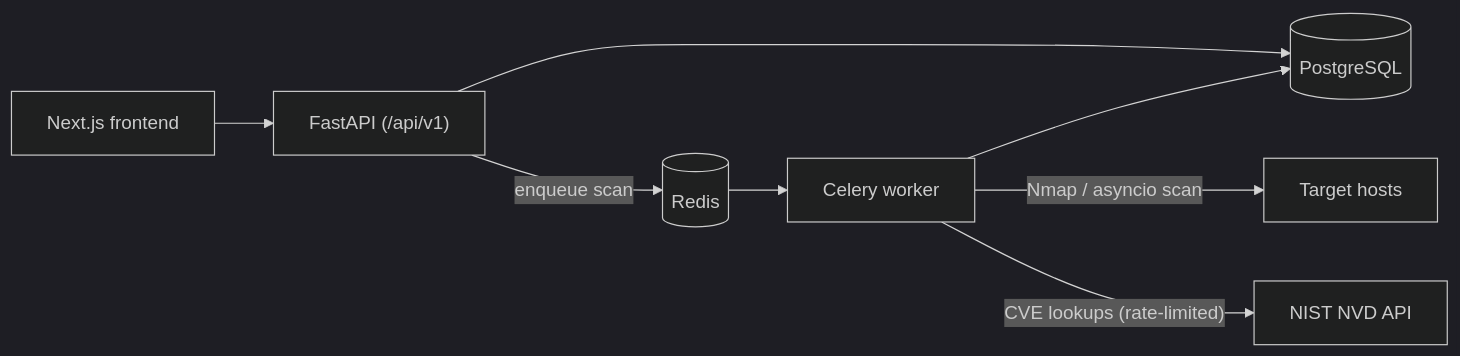
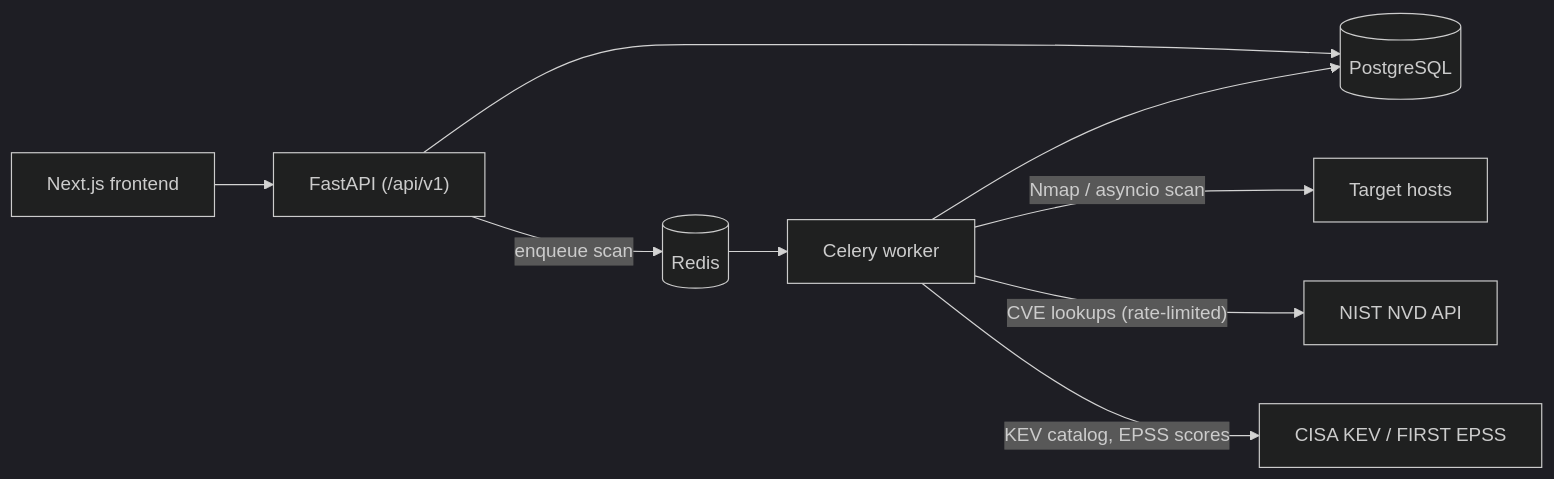
One commit to dragonday3/vulnsight changed the diagram in README.md. Above: the diagram before and after it, drawn with Mermaid (dark theme). The commit also changed other lines of this file and 4 other files, not shown here.

````diff
--- a/README.md
+++ b/README.md
@@ -34,10 +36,11 @@
 ```mermaid
 flowchart LR
     UI["Next.js frontend"] --> API["FastAPI (/api/v1)"]
     API --> DB[("PostgreSQL")]
     API -- "enqueue scan" --> Q[("Redis")]
     Q --> W["Celery worker"]
     W -- "Nmap / asyncio scan" --> T["Target hosts"]
     W -- "CVE lookups (rate-limited)" --> NVD["NIST NVD API"]
+    W -- "KEV catalog, EPSS scores" --> TI["CISA KEV / FIRST EPSS"]
     W --> DB
 ```
````
